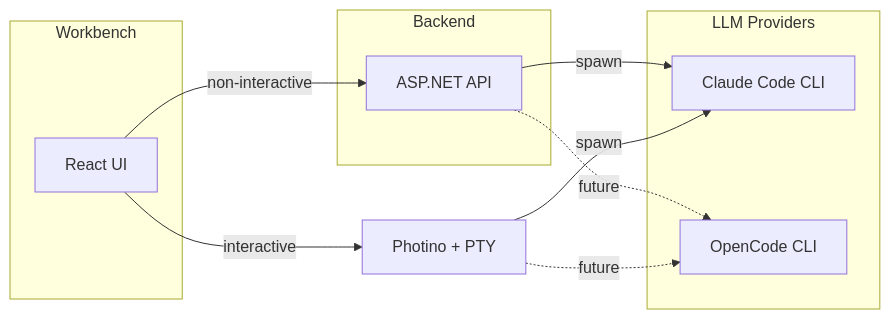
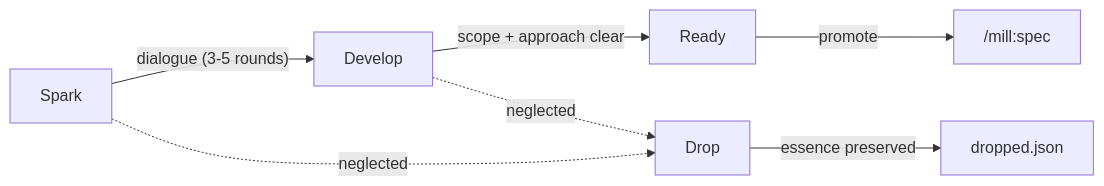
Before and after one commit to mindrevolution/mill: the third of 3 diagrams in AGENTS.md, drawn with Mermaid. The commit also changed other lines of this file, not shown here.

First line of the commit message:
docs: rewrite AGENTS.md for skills-only architecture

````diff
--- a/AGENTS.md
+++ b/AGENTS.md
@@ -220,23 +270,10 @@
 ```mermaid
 flowchart LR
-    subgraph Workbench
-        UI[React UI]
-    end
+    A[Spark] -->|"dialogue (3-5 rounds)"| B[Develop]
+    B -->|"scope + approach clear"| C[Ready]
+    C -->|promote| D["/mill:spec"]
 
-    subgraph Backend
-        API[ASP.NET API]
-    end
-
-    subgraph LLM Providers
-        Claude[Claude Code CLI]
-        OpenCode[OpenCode CLI]
-    end
-
-    UI -->|non-interactive| API
-    API -->|spawn| Claude
-    API -.->|future| OpenCode
-
-    UI -->|interactive| PTY[Photino + PTY]
-    PTY -->|spawn| Claude
-    PTY -.->|future| OpenCode
+    A -.->|neglected| E[Drop]
+    B -.->|neglected| E
+    E -->|essence preserved| F["dropped.json"]
 ```
````
